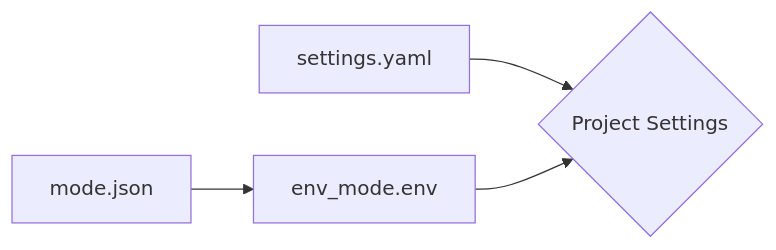
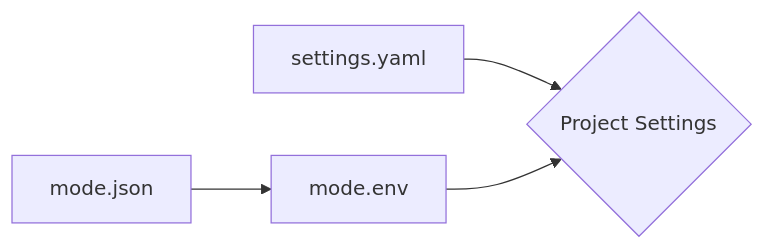
Before and after one commit to hlop3z/fastberry: the diagram in docs/docs/settings.md, drawn with Mermaid. The commit also changed 12 other files, not shown here.

````diff
--- a/docs/docs/settings.md
+++ b/docs/docs/settings.md
@@ -15,6 +15,6 @@
 ```mermaid
 graph LR;
     A[settings.yaml] --> D;
     B[mode.json] --> C;
-    C[env_mode.env] --> D{Project Settings};
+    C[mode.env] --> D{Project Settings};
 ```
````
